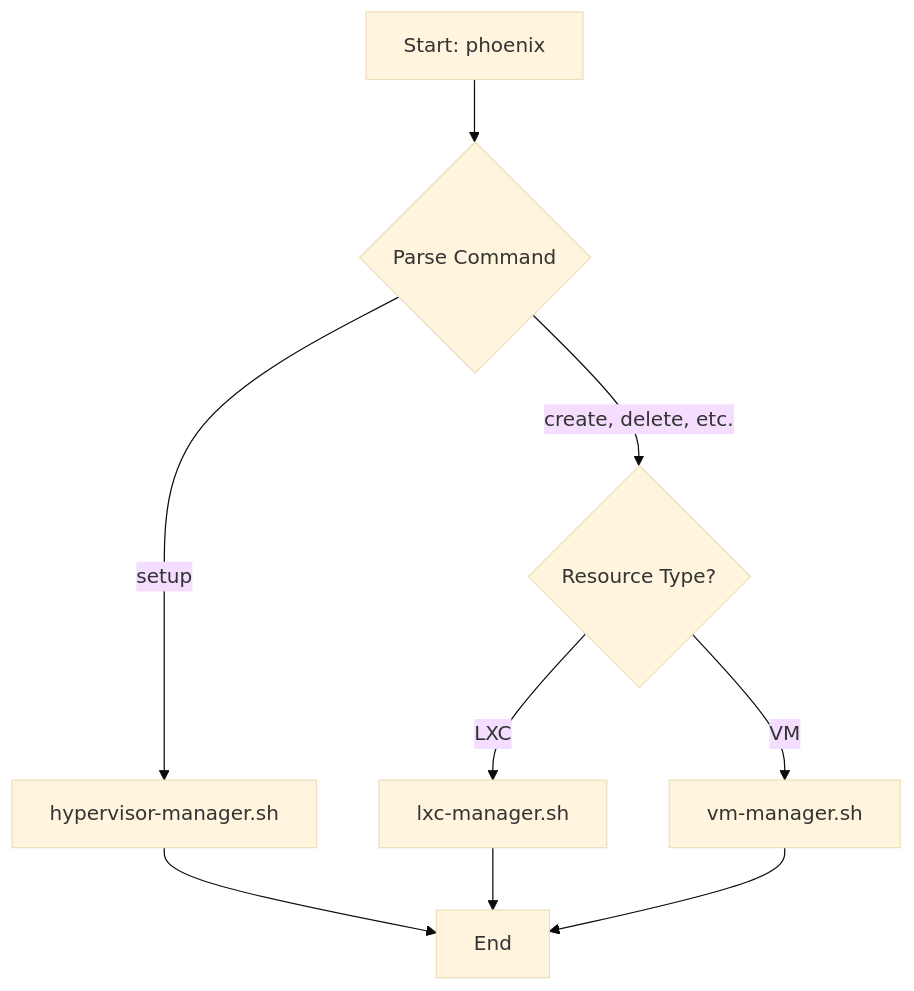
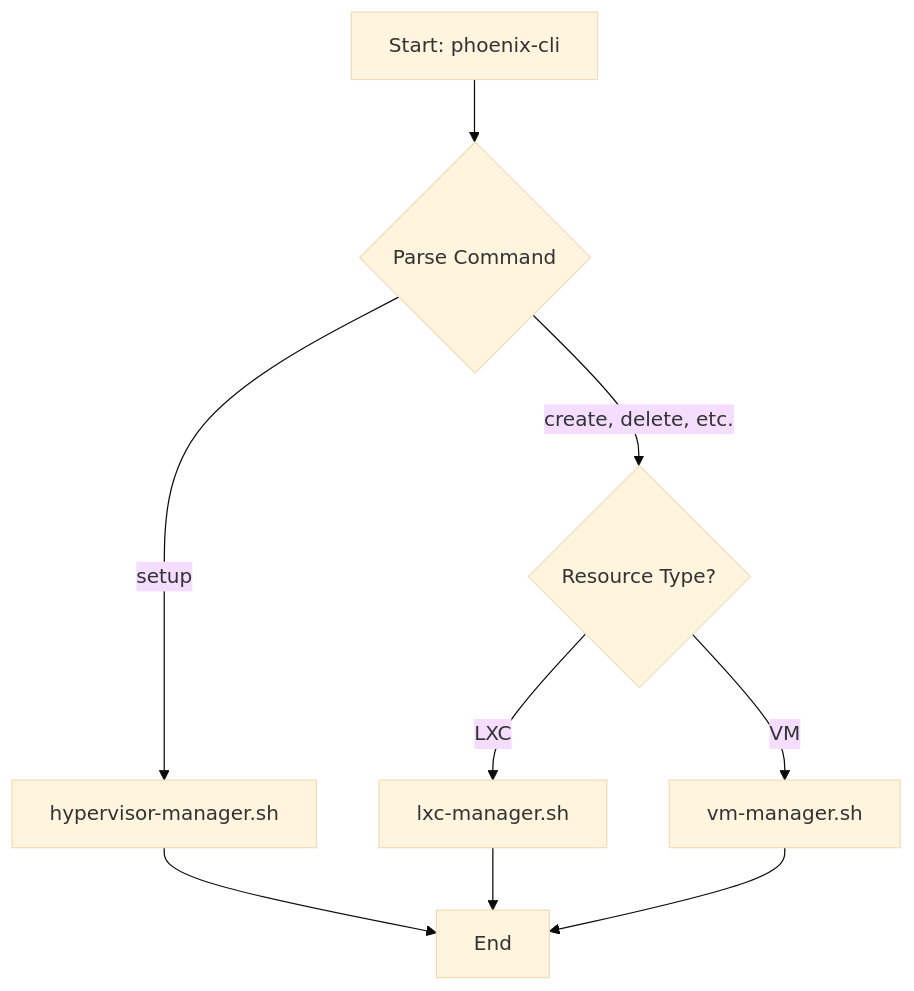
One commit to SirHeads/Testing-ideas changed the second of 2 diagrams in Thinkheads.AI_docs/03_phoenix_hypervisor_implementation/00_guides/00_system_architecture_guide.md. Above: the diagram before and after it, drawn with Mermaid (base theme). The commit also changed other lines of this file and 13 other files, not shown here.

Commit message:
phoenix-cli and docs

````diff
--- a/Thinkheads.AI_docs/03_phoenix_hypervisor_implementation/00_guides/00_system_architecture_guide.md
+++ b/Thinkheads.AI_docs/03_phoenix_hypervisor_implementation/00_guides/00_system_architecture_guide.md
@@ -73,11 +73,11 @@
 ```mermaid
 graph TD
-    A[Start: phoenix <command> <ID>] --> B{Parse Command};
+    A[Start: phoenix-cli <command> <ID>] --> B{Parse Command};
     B -->|setup| C[hypervisor-manager.sh];
     B -->|create, delete, etc.| D{Resource Type?};
     D -->|LXC| E[lxc-manager.sh];
     D -->|VM| F[vm-manager.sh];
     C --> End;
     E --> End;
     F --> End;
 ```
````
